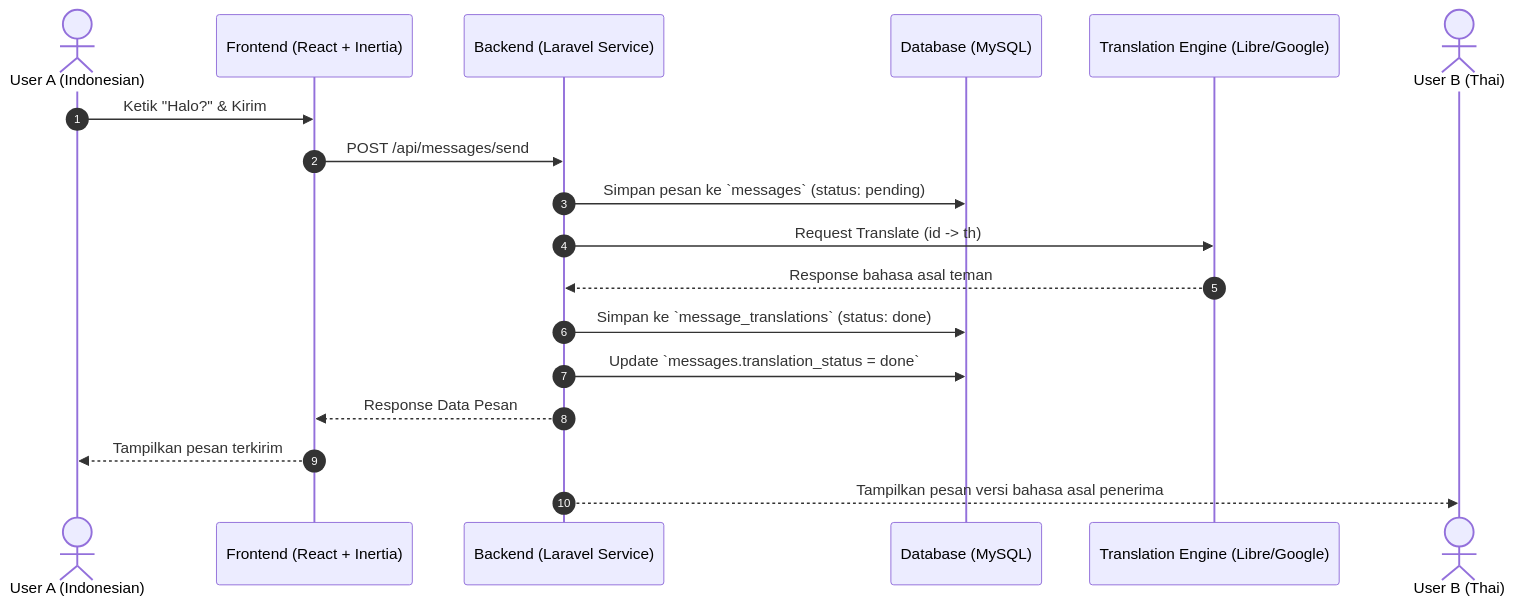
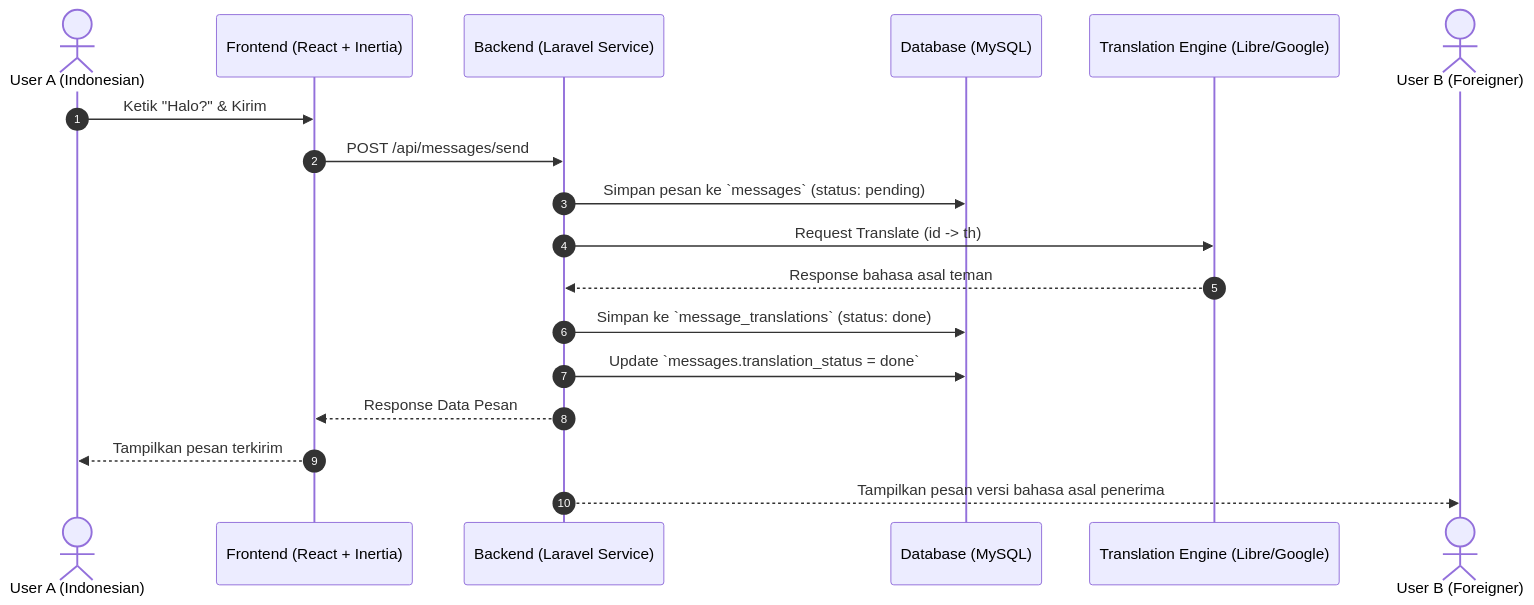
Before and after one commit to SatyaRizkySaputra0214/Linguachat: the first of 2 diagrams in README.md, drawn with Mermaid. The commit also changed other lines of this file, not shown here.

Commit message:
Change user role from 'User B (Thai)' to 'User B (Foreigner)'
Updated user role description in the interaction diagram.

````diff
--- a/README.md
+++ b/README.md
@@ -80,21 +79,21 @@
 ```mermaid
 sequenceDiagram
     autonumber
     actor Pengirim as User A (Indonesian)
     participant Client as Frontend (React + Inertia)
     participant Server as Backend (Laravel Service)
     participant DB as Database (MySQL)
     participant Engine as Translation Engine (Libre/Google)
-    actor Penerima as User B (Thai)
+    actor Penerima as User B (Foreigner)
 
     Pengirim->>Client: Ketik "Halo?" & Kirim
     Client->>Server: POST /api/messages/send
     Server->>DB: Simpan pesan ke `messages` (status: pending)
     Server->>Engine: Request Translate (id -> th)
     Engine-->>Server: Response bahasa asal teman
     Server->>DB: Simpan ke `message_translations` (status: done)
     Server->>DB: Update `messages.translation_status = done`
     Server-->>Client: Response Data Pesan
     Client-->>Pengirim: Tampilkan pesan terkirim
     Server-->>Penerima: Tampilkan pesan versi bahasa asal penerima
 ```
````
